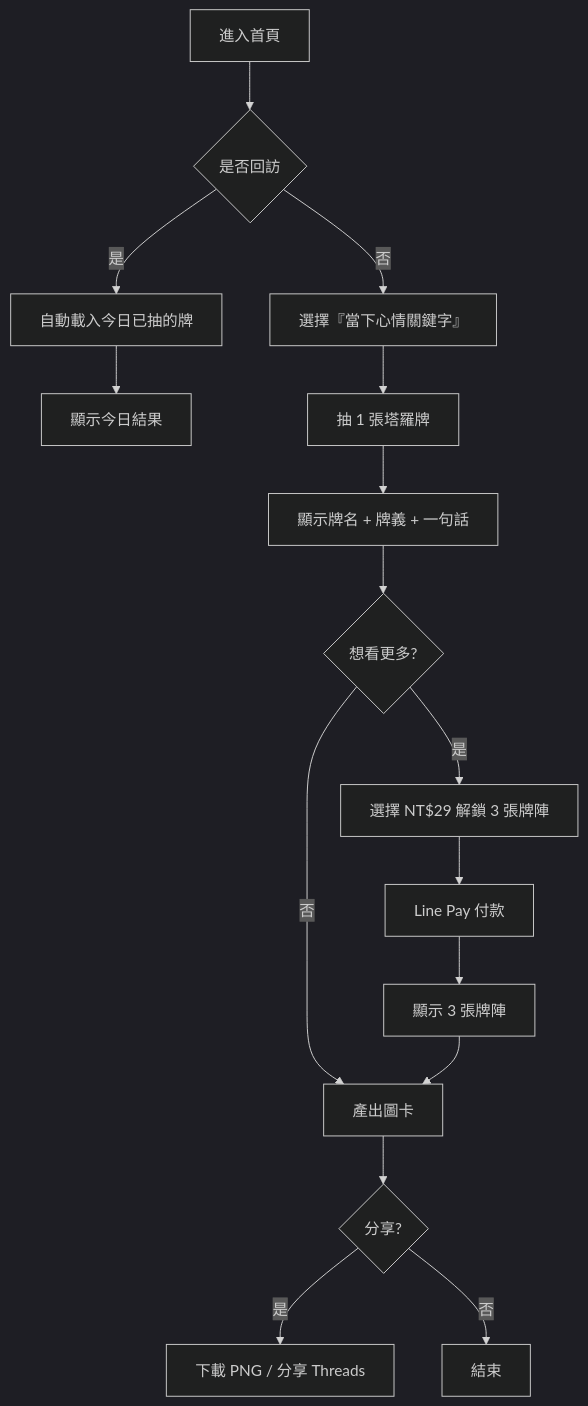
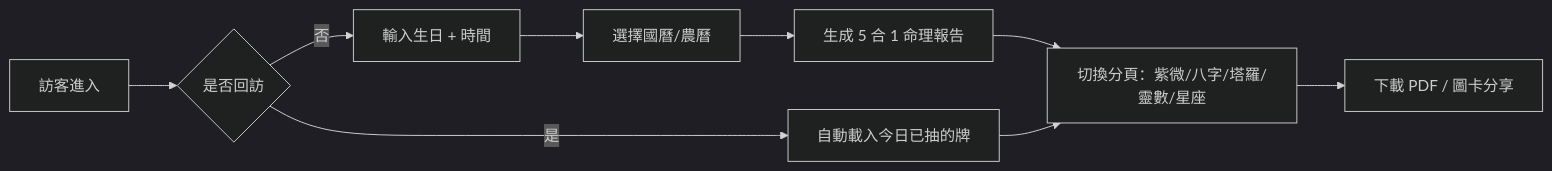
Before and after one commit to openclawsean024-create/fortune-telling: the diagram in PRD/SPEC.md, drawn with Mermaid (dark theme). The commit also changed other lines of this file and 15 other files, not shown here.

````diff
--- a/PRD/SPEC.md
+++ b/PRD/SPEC.md
@@ -106,18 +48,11 @@
 ```mermaid
-graph TD
-    A[進入首頁] --> B{是否回訪}
-    B -->|是| C[自動載入今日已抽的牌]
-    B -->|否| D[選擇『當下心情關鍵字』]
-    C --> E[顯示今日結果]
-    D --> F[抽 1 張塔羅牌]
-    F --> G[顯示牌名 + 牌義 + 一句話]
-    G --> H{想看更多?}
-    H -->|是| I[選擇 NT$29 解鎖 3 張牌陣]
-    H -->|否| J[產出圖卡]
-    I --> K[Line Pay 付款]
-    K --> L[顯示 3 張牌陣]
-    L --> J
-    J --> M{分享?}
-    M -->|是| N[下載 PNG / 分享 Threads]
-    M -->|否| O[結束]
+flowchart LR
+  A[訪客進入] --> B{是否回訪}
+  B -->|是| C[自動載入今日已抽的牌]
+  B -->|否| D[輸入生日 + 時間]
+  D --> E[選擇國曆/農曆]
+  E --> F[生成 5 合 1 命理報告]
+  F --> G[切換分頁：紫微/八字/塔羅/靈數/星座]
+  G --> H[下載 PDF / 圖卡分享]
+  C --> G
 ```
````
